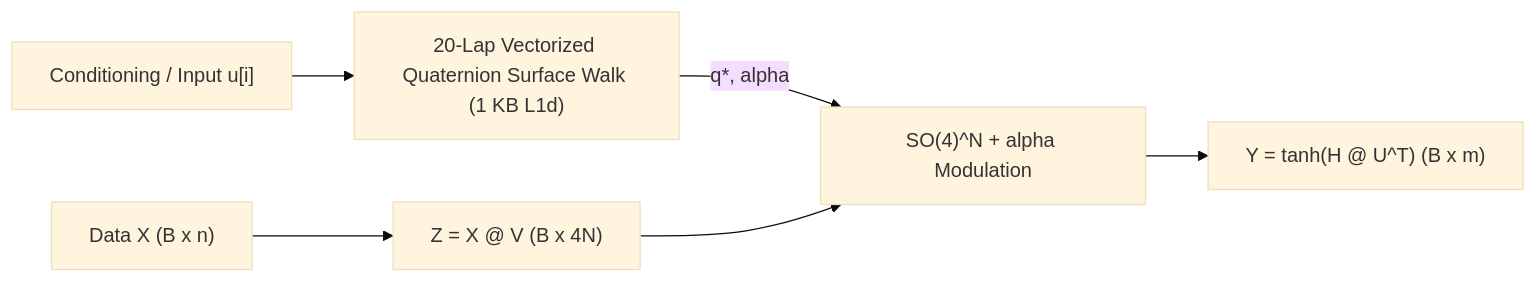
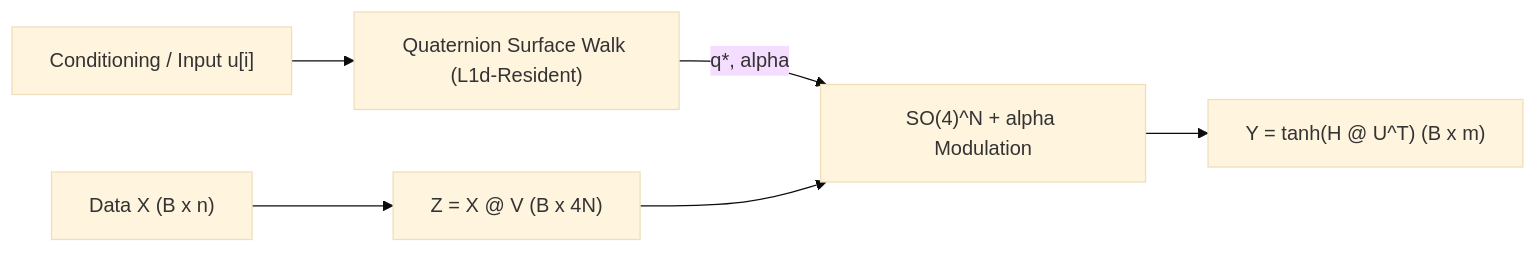
The diagram in README.md (shu195/quaternion-surface-walk-controller), drawn with Mermaid (base theme) before and after one commit. The commit also changed other lines of this file, not shown here.

````diff
--- a/README.md
+++ b/README.md
@@ -6,8 +13,8 @@
 ```mermaid
 flowchart LR
-    C["Conditioning / Input u[i]"] --> Walk["20-Lap Vectorized Quaternion Surface Walk (1 KB L1d)"]
+    C["Conditioning / Input u[i]"] --> Walk["Quaternion Surface Walk (L1d-Resident)"]
     Walk -->|"q*, alpha"| Mod["SO(4)^N + alpha Modulation"]
     X["Data X (B x n)"] --> ProjV["Z = X @ V (B x 4N)"]
     ProjV --> Mod
     Mod --> ProjU["Y = tanh(H @ U^T) (B x m)"]
 ```
````
